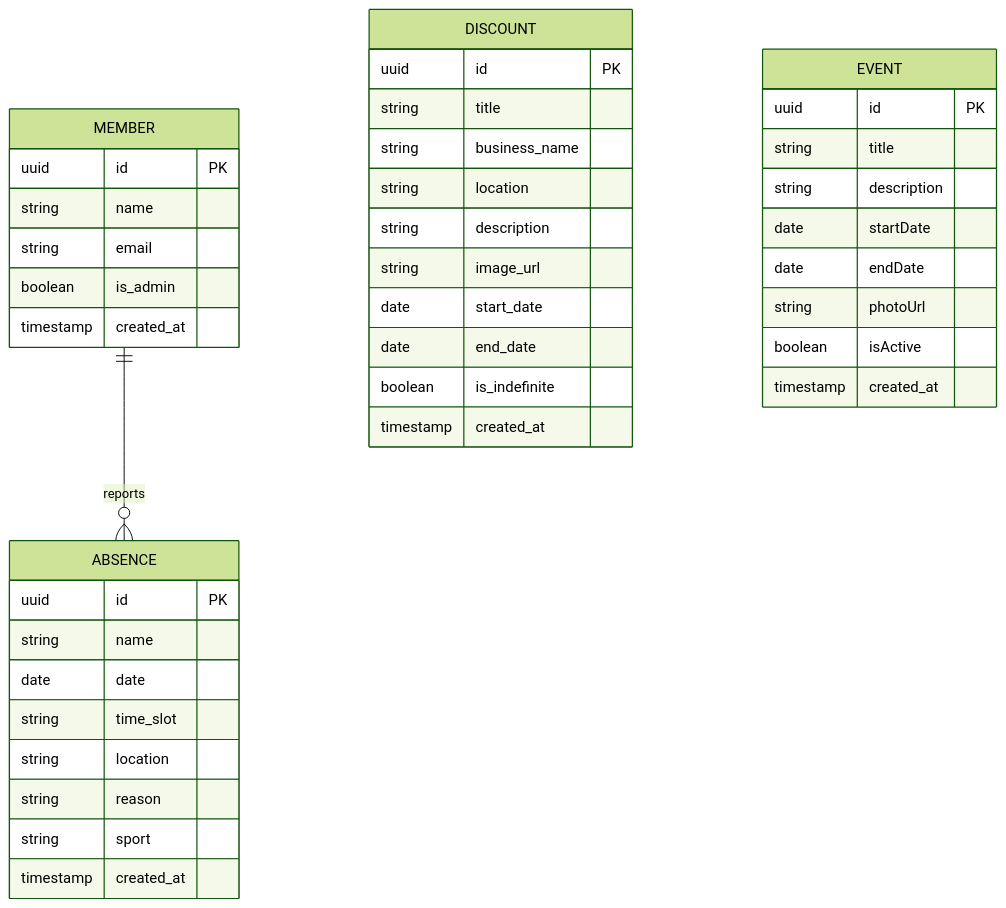
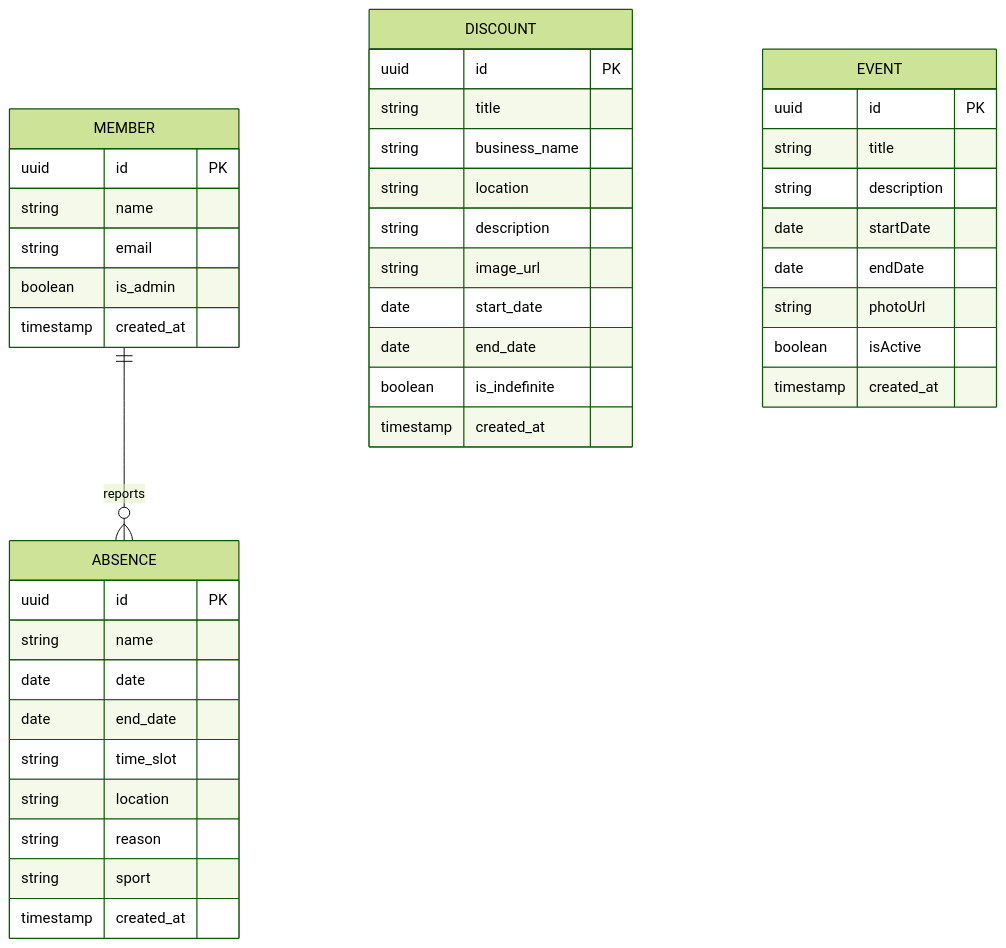
The second of 2 diagrams in ARCHITECTURE.md (cri5Castro/sports_team_management), drawn with Mermaid (forest theme) before and after one commit. The commit also changed 9 other files, not shown here.

````diff
--- a/ARCHITECTURE.md
+++ b/ARCHITECTURE.md
@@ -100,44 +100,45 @@
 ```mermaid
 erDiagram
     MEMBER {
         uuid id PK
         string name
         string email
         boolean is_admin
         timestamp created_at
     }
     ABSENCE {
         uuid id PK
         string name
         date date
+        date end_date
         string time_slot
         string location
         string reason
         string sport
         timestamp created_at
     }
     DISCOUNT {
         uuid id PK
         string title
         string business_name
         string location
         string description
         string image_url
         date start_date
         date end_date
         boolean is_indefinite
         timestamp created_at
     }
     EVENT {
         uuid id PK
         string title
         string description
         date startDate
         date endDate
         string photoUrl
         boolean isActive
         timestamp created_at
     }
     
     MEMBER ||--o{ ABSENCE : "reports"
 ```
````
